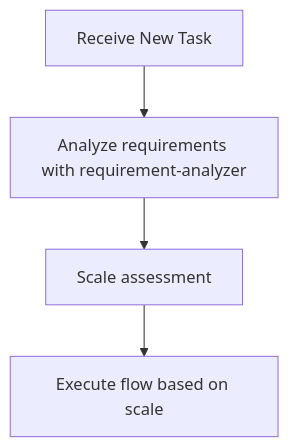
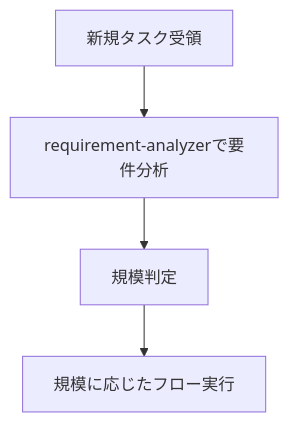
One commit to Haruki-Hosokawa-sti/test-init changed the diagram in .claude/skills/subagents-orchestration-guide/SKILL.md. Above: the diagram before and after it, drawn with Mermaid. The commit also changed other lines of this file and 62 other files, not shown here.

````diff
--- a/.claude/skills/subagents-orchestration-guide/SKILL.md
+++ b/.claude/skills/subagents-orchestration-guide/SKILL.md
@@ -30,6 +30,6 @@
 ```mermaid
 graph TD
-    Start[Receive New Task] --> RA[Analyze requirements with requirement-analyzer]
-    RA --> Scale[Scale assessment]
-    Scale --> Flow[Execute flow based on scale]
+    Start[新規タスク受領] --> RA[requirement-analyzerで要件分析]
+    RA --> Scale[規模判定]
+    Scale --> Flow[規模に応じたフロー実行]
 ```
````
